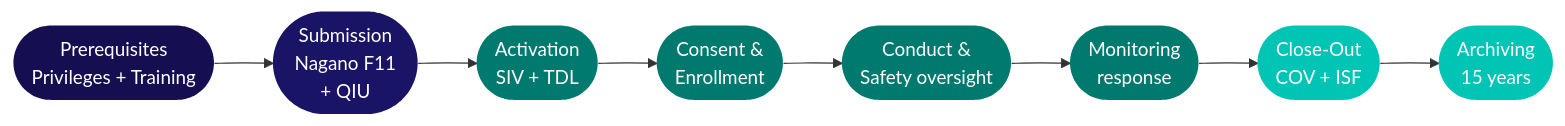
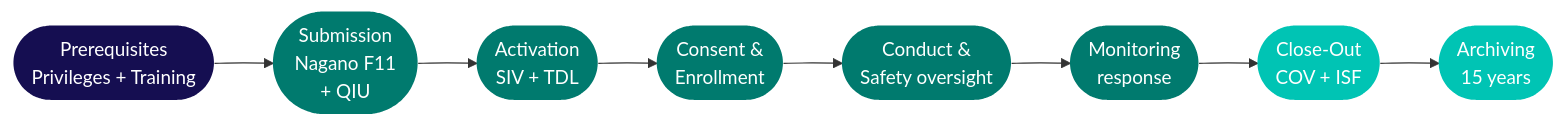
One commit to matthewfiorentino/docs changed the diagram in kb/roles/pi-pathway.mdx. Above: the diagram before and after it, drawn with Mermaid. The commit also changed 14 other files, not shown here.

````diff
--- a/kb/roles/pi-pathway.mdx
+++ b/kb/roles/pi-pathway.mdx
@@ -8,13 +8,13 @@
 ```mermaid
 flowchart LR
     A([Prerequisites\nPrivileges + Training]) --> B([Submission\nNagano F11\n+ QIU]) --> C([Activation\nSIV + TDL]) --> D([Consent &\nEnrollment]) --> E([Conduct &\nSafety oversight]) --> F([Monitoring\nresponse]) --> G([Close-Out\nCOV + ISF]) --> H([Archiving\n15 years])
 
     style A fill:#150e51,color:#fff,stroke:none
-    style B fill:#1a1466,color:#fff,stroke:none
+    style B fill:#007a6e,color:#fff,stroke:none
     style C fill:#007a6e,color:#fff,stroke:none
     style D fill:#007a6e,color:#fff,stroke:none
     style E fill:#007a6e,color:#fff,stroke:none
     style F fill:#007a6e,color:#fff,stroke:none
     style G fill:#00c4b4,color:#fff,stroke:none
     style H fill:#00c4b4,color:#fff,stroke:none
 ```
````
